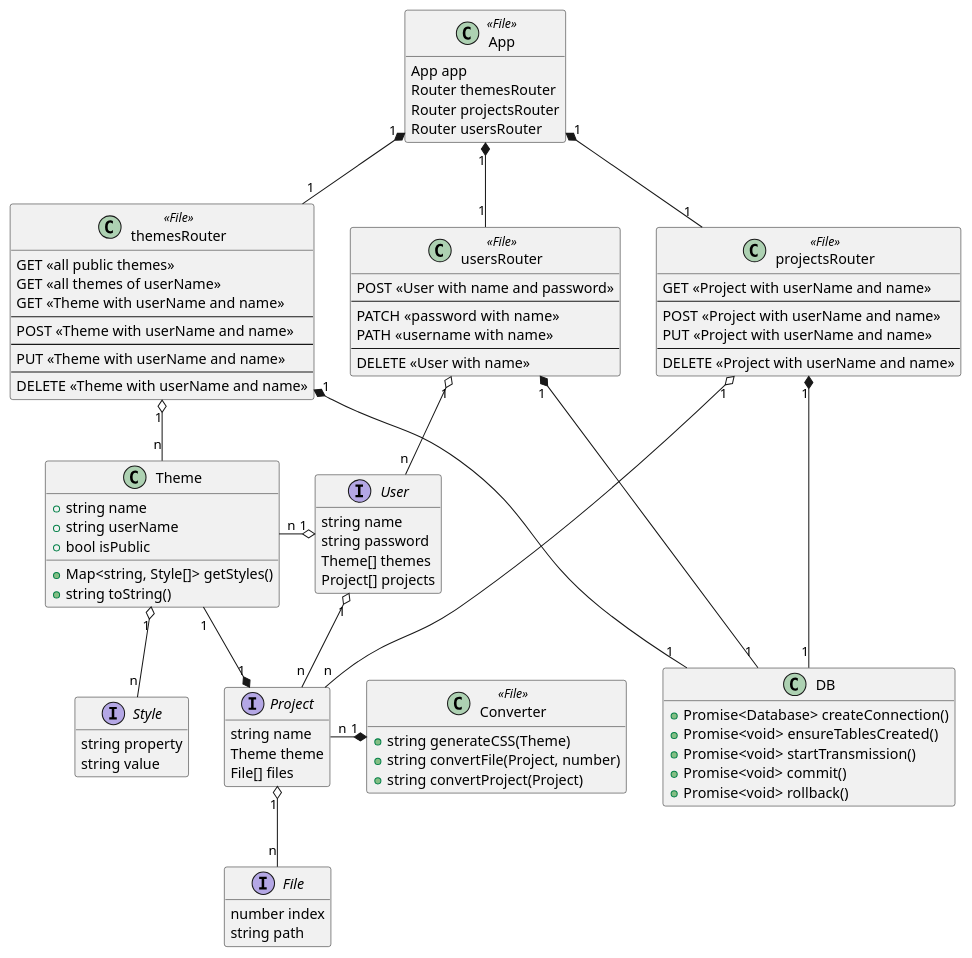
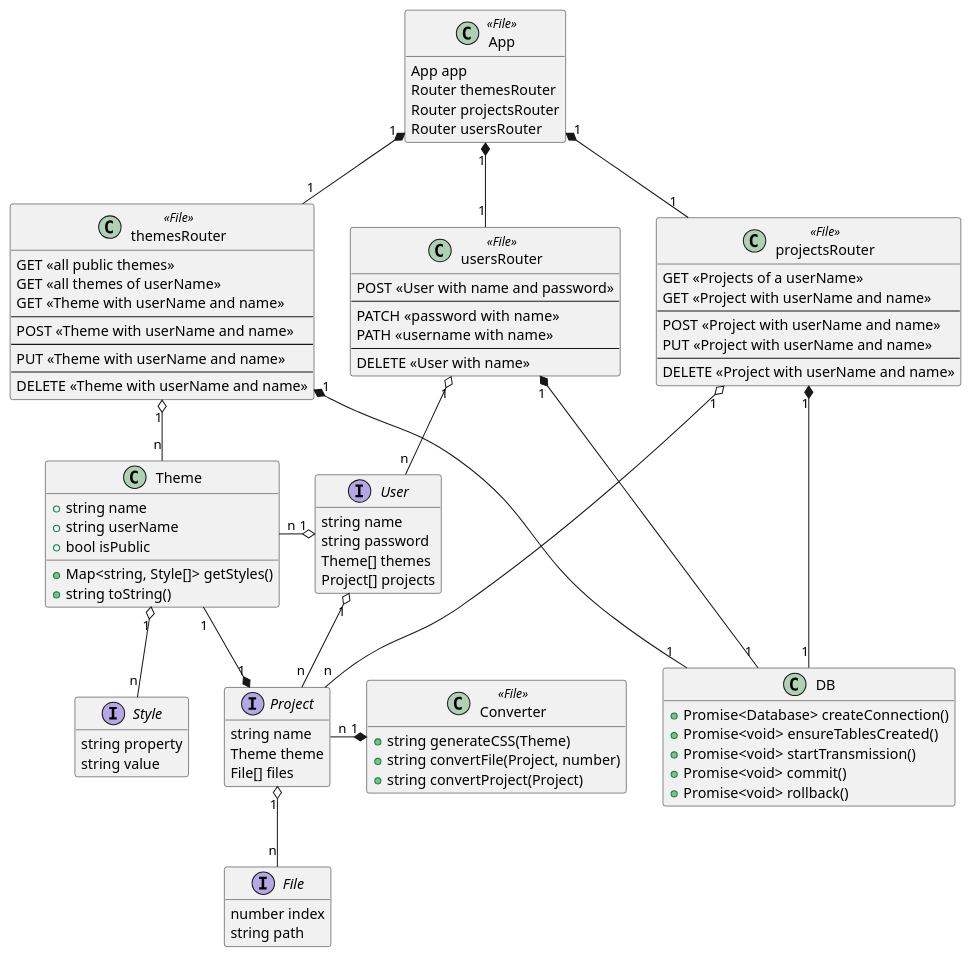
Before and after one commit to 2324-3bhif-teaching/StaticSiteGenerator: the diagram in docs/classDiagram.puml, drawn with PlantUML. The commit also changed 1 other file, not shown here.

```diff
--- a/docs/classDiagram.puml
+++ b/docs/classDiagram.puml
@@ -1,114 +1,115 @@
 @startuml
 hide empty fields
 hide empty methods
 
 class App <<File>>
 {
   App app
   Router themesRouter
   Router projectsRouter
   Router usersRouter
 }
 
 class themesRouter <<File>>
 {
   GET <<all public themes>>
   GET <<all themes of userName>>
   GET <<Theme with userName and name>>
   --
   POST <<Theme with userName and name>>
   --
   PUT <<Theme with userName and name>>
   --
   DELETE <<Theme with userName and name>>
 }
 
 class projectsRouter <<File>>
 {
+  GET <<Projects of a userName>>
   GET <<Project with userName and name>>
   --
   POST <<Project with userName and name>>
   PUT <<Project with userName and name>>
   --
   DELETE <<Project with userName and name>>
 }
 
 class usersRouter <<File>>
 {
   POST <<User with name and password>>
   --
   PATCH <<password with name>>
   PATH <<username with name>>
   --
   DELETE <<User with name>>
 }
 
 class DB
 {
   +Promise<Database> createConnection()
   +Promise<void> ensureTablesCreated()
   +Promise<void> startTransmission()
   +Promise<void> commit()
   +Promise<void> rollback()
 }
 
 interface Project
 {
   string name
   Theme theme
   File[] files
 }
 
 interface File
 {
   number index
   string path
 }
 
 interface User
 {
   string name
   string password
   Theme[] themes
   Project[] projects
 }
 
 interface Style
 {
   string property
   string value
 }
 
 class Theme
 {
   +string name
   +string userName
   +bool isPublic
   +Map<string, Style[]> getStyles()
   +string toString()
 }
 
 class Converter <<File>>
 {
   +string generateCSS(Theme)
   +string convertFile(Project, number)
   +string convertProject(Project)
 }
 
 User "1" o-- "n" Project
 User "1" o-l- "n" Theme
 Project "1" *-l- "1" Theme
 Converter "1" *-l- "n" Project
 Theme "1" o-- "n" Style
 Project "1" o-- "n" File
 App "1" *-- "1" themesRouter
 App "1" *-- "1" projectsRouter
 App "1" *-- "1" usersRouter
 themesRouter "1" o-- "n" Theme
 projectsRouter "1" o-- "n" Project
 usersRouter "1" o-- "n" User
 themesRouter "1" *--- "1" DB
 projectsRouter "1" *--- "1" DB
 usersRouter "1" *--- "1" DB
 
 @enduml
```
